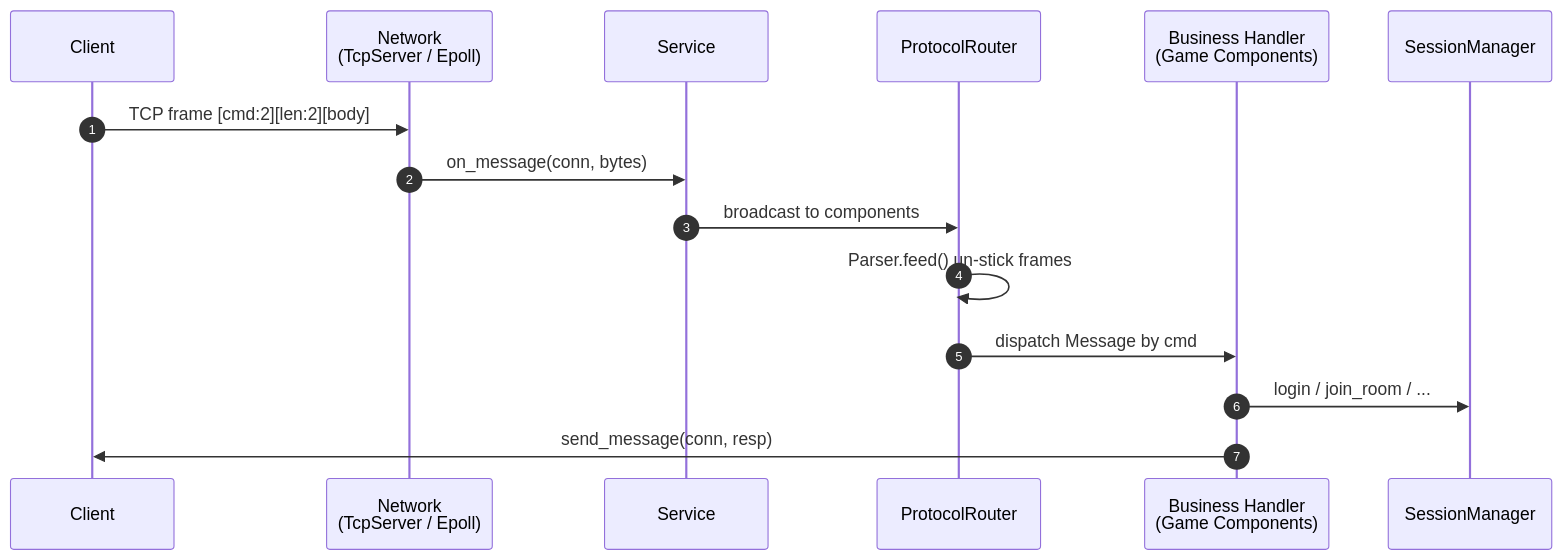
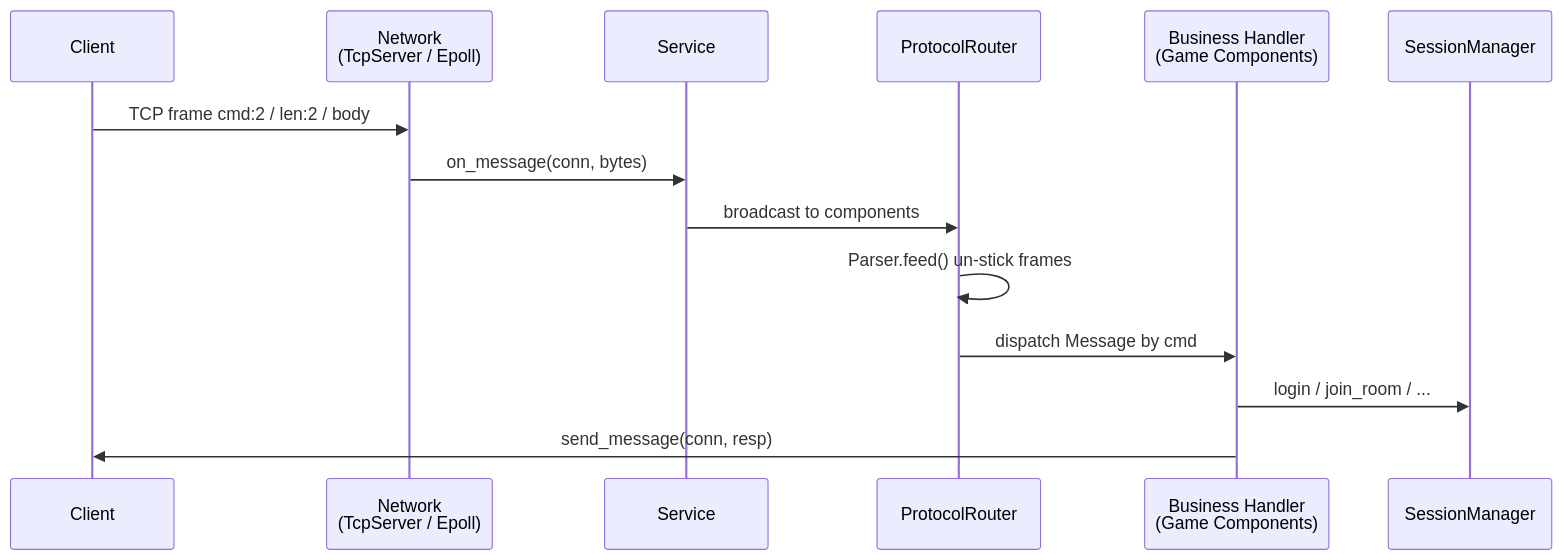
Before and after one commit to Kwell/ChwellCore: the second of 10 diagrams in README_EN.md, drawn with Mermaid. The commit also changed other lines of this file and 1 other file, not shown here.

Commit message:
docs: fix mermaid render errors (escape angle brackets, drop autonumber)

````diff
--- a/README_EN.md
+++ b/README_EN.md
@@ -166,18 +166,17 @@
 ```mermaid
 sequenceDiagram
-    autonumber
     participant C as Client
     participant N as Network<br/>(TcpServer / Epoll)
     participant S as Service
     participant R as ProtocolRouter
     participant H as Business Handler<br/>(Game Components)
     participant SM as SessionManager
 
-    C->>N: TCP frame [cmd:2][len:2][body]
+    C->>N: TCP frame cmd:2 / len:2 / body
     N->>S: on_message(conn, bytes)
     S->>R: broadcast to components
     R->>R: Parser.feed() un-stick frames
     R->>H: dispatch Message by cmd
     H->>SM: login / join_room / ...
     H->>C: send_message(conn, resp)
 ```
````
